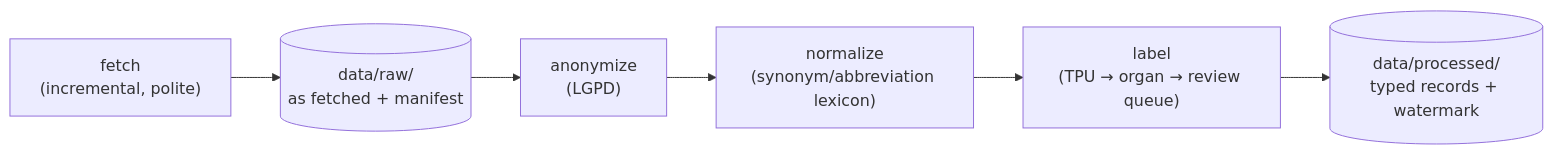
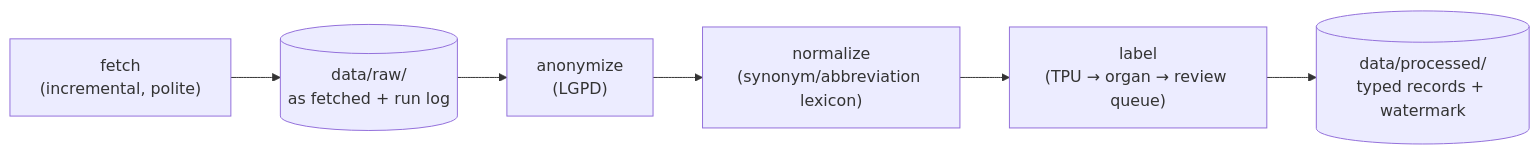
The diagram in docs/corpus/ingestion.md (Falconiere/agavus), drawn with Mermaid before and after one commit. The commit also changed other lines of this file and 13 other files, not shown here.

````diff
--- a/docs/corpus/ingestion.md
+++ b/docs/corpus/ingestion.md
@@ -6,8 +6,8 @@
 ```mermaid
 flowchart LR
-  F["fetch<br/>(incremental, polite)"] --> R[("data/raw/<br/>as fetched + manifest")]
+  F["fetch<br/>(incremental, polite)"] --> R[("data/raw/<br/>as fetched + run log")]
   R --> A["anonymize<br/>(LGPD)"]
   A --> N["normalize<br/>(synonym/abbreviation lexicon)"]
   N --> L["label<br/>(TPU → organ → review queue)"]
   L --> P[("data/processed/<br/>typed records + watermark")]
 ```
````
